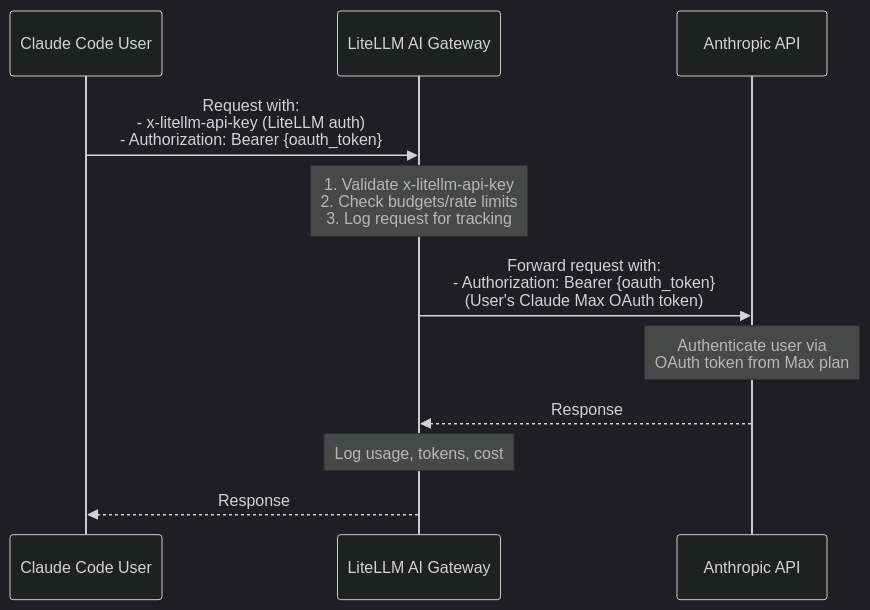
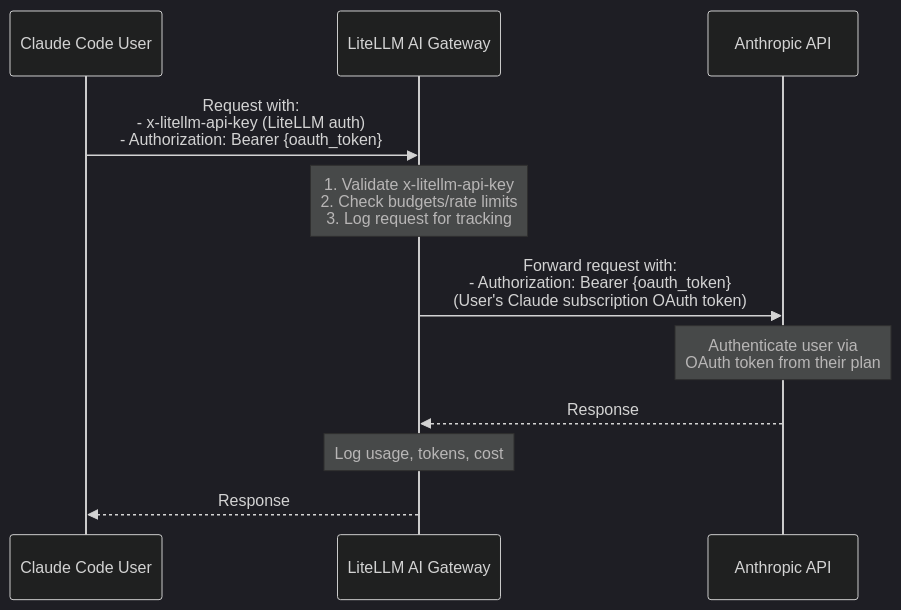
One commit to BerriAI/litellm-docs changed the diagram in docs/tutorials/claude_code_max_subscription.md. Above: the diagram before and after it, drawn with Mermaid (dark theme). The commit also changed other lines of this file and 1 other file, not shown here.

First line of the commit message:
docs: correct Claude subscription and ChatGPT subscription credential behavior (#2164)

````diff
--- a/docs/tutorials/claude_code_max_subscription.md
+++ b/docs/tutorials/claude_code_max_subscription.md
@@ -211,20 +214,20 @@
 ```mermaid
 sequenceDiagram
     participant User as Claude Code User
     participant LiteLLM as LiteLLM AI Gateway
     participant Anthropic as Anthropic API
 
     User->>LiteLLM: Request with:<br/>- x-litellm-api-key (LiteLLM auth)<br/>- Authorization: Bearer {oauth_token}
 
     Note over LiteLLM: 1. Validate x-litellm-api-key<br/>2. Check budgets/rate limits<br/>3. Log request for tracking
 
-    LiteLLM->>Anthropic: Forward request with:<br/>- Authorization: Bearer {oauth_token}<br/>(User's Claude Max OAuth token)
+    LiteLLM->>Anthropic: Forward request with:<br/>- Authorization: Bearer {oauth_token}<br/>(User's Claude subscription OAuth token)
 
-    Note over Anthropic: Authenticate user via<br/>OAuth token from Max plan
+    Note over Anthropic: Authenticate user via<br/>OAuth token from their plan
 
     Anthropic-->>LiteLLM: Response
 
     Note over LiteLLM: Log usage, tokens, cost
 
     LiteLLM-->>User: Response
 ```
````
